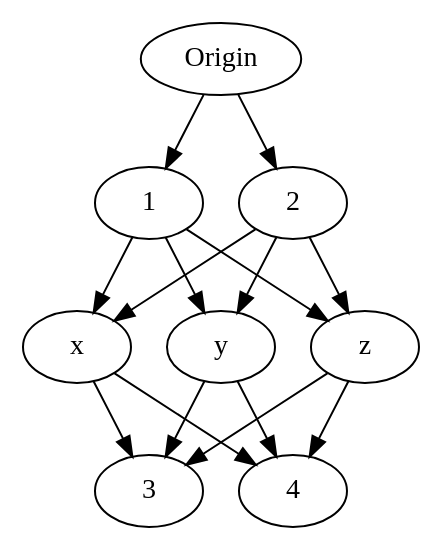
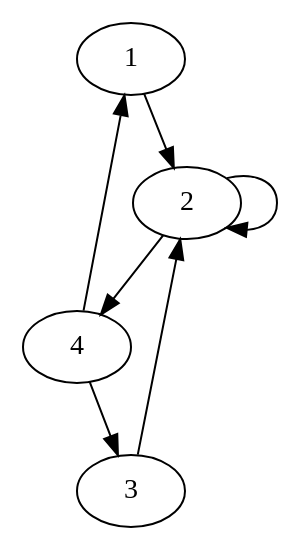
Before and after one commit to geniichi/Discrete_Mathematics: the diagram in 2_RELATIONS/multig.dot, drawn with Graphviz. The commit also changed 4 other files, not shown here.

```diff
--- a/2_RELATIONS/multig.dot
+++ b/2_RELATIONS/multig.dot
@@ -1,24 +1,12 @@
 digraph  {
-Origin;
 1;
 2;
-x;
-y;
-z;
+4;
 3;
-4;
-Origin -> 1  [key=0];
-Origin -> 2  [key=0];
-1 -> x  [key=0];
-1 -> y  [key=0];
-1 -> z  [key=0];
-2 -> x  [key=0];
-2 -> y  [key=0];
-2 -> z  [key=0];
-x -> 3  [key=0];
-x -> 4  [key=0];
-y -> 3  [key=0];
-y -> 4  [key=0];
-z -> 3  [key=0];
-z -> 4  [key=0];
+1 -> 2  [key=0];
+2 -> 2  [key=0];
+2 -> 4  [key=0];
+4 -> 1  [key=0];
+4 -> 3  [key=0];
+3 -> 2  [key=0];
 }
```
